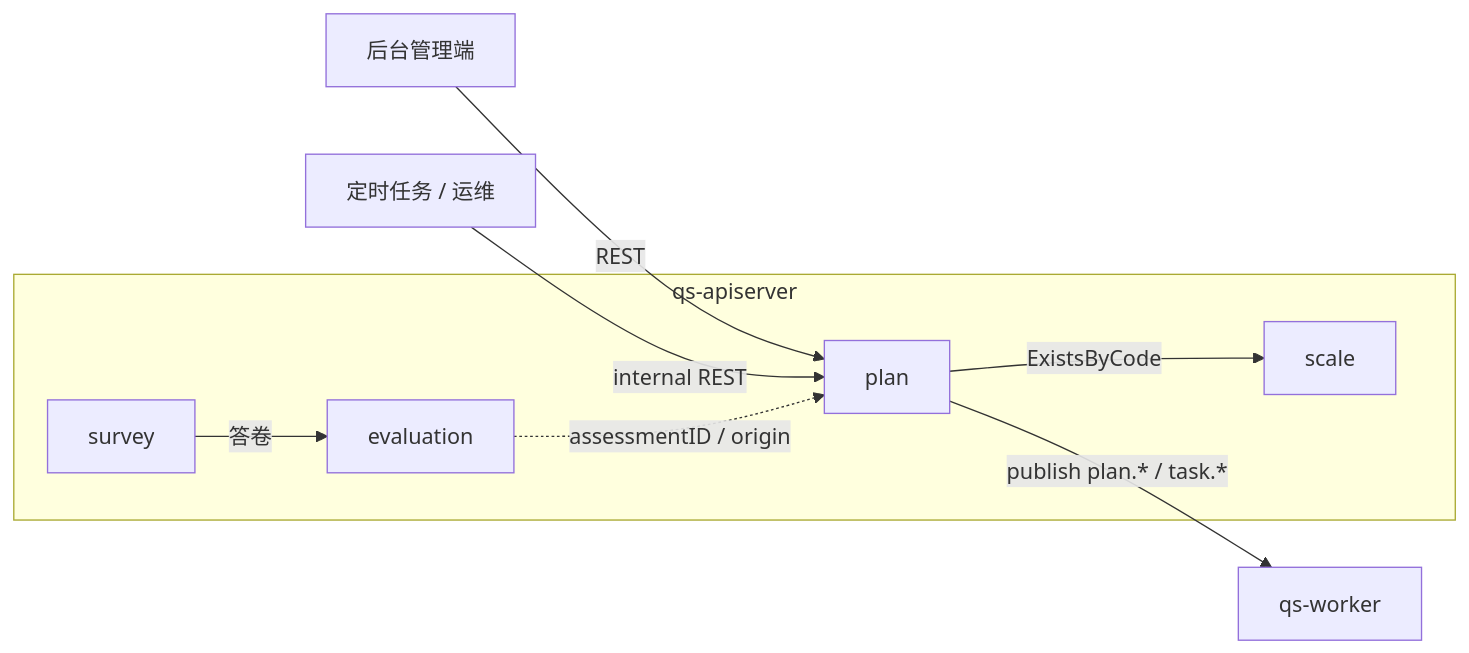
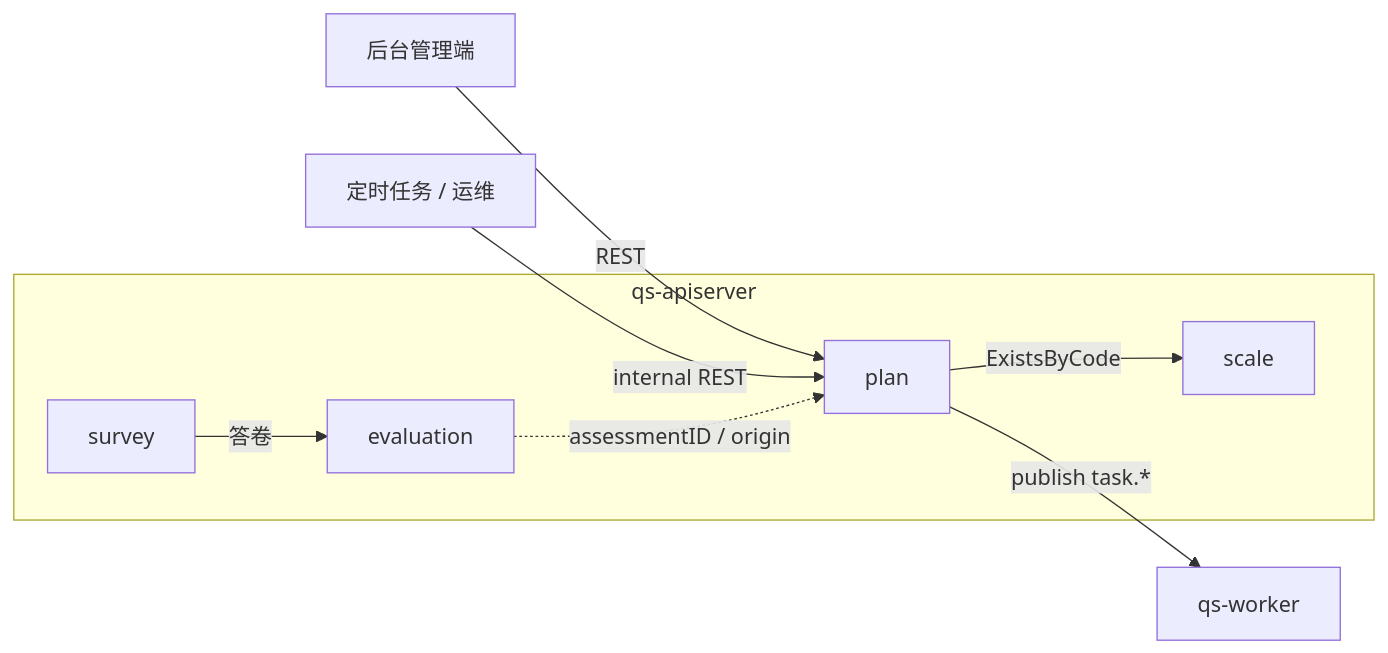
Before and after one commit to FangcunMount/qs-server: the first of 4 diagrams in docs/02-业务模块/04-plan.md, drawn with Mermaid. The commit also changed other lines of this file and 39 other files, not shown here.

````diff
--- a/docs/02-业务模块/04-plan.md
+++ b/docs/02-业务模块/04-plan.md
@@ -61,20 +61,20 @@
 ```mermaid
 flowchart LR
     admin[后台管理端]
     cron[定时任务 / 运维]
     worker[qs-worker]
 
     subgraph apiserver[qs-apiserver]
         plan[plan]
         scale[scale]
         survey[survey]
         evaluation[evaluation]
     end
 
     admin -->|REST| plan
     cron -->|internal REST| plan
     plan -->|ExistsByCode| scale
-    plan -->|publish plan.* / task.*| worker
+    plan -->|publish task.*| worker
     survey -->|答卷| evaluation
     evaluation -.->|assessmentID / origin| plan
 ```
````
